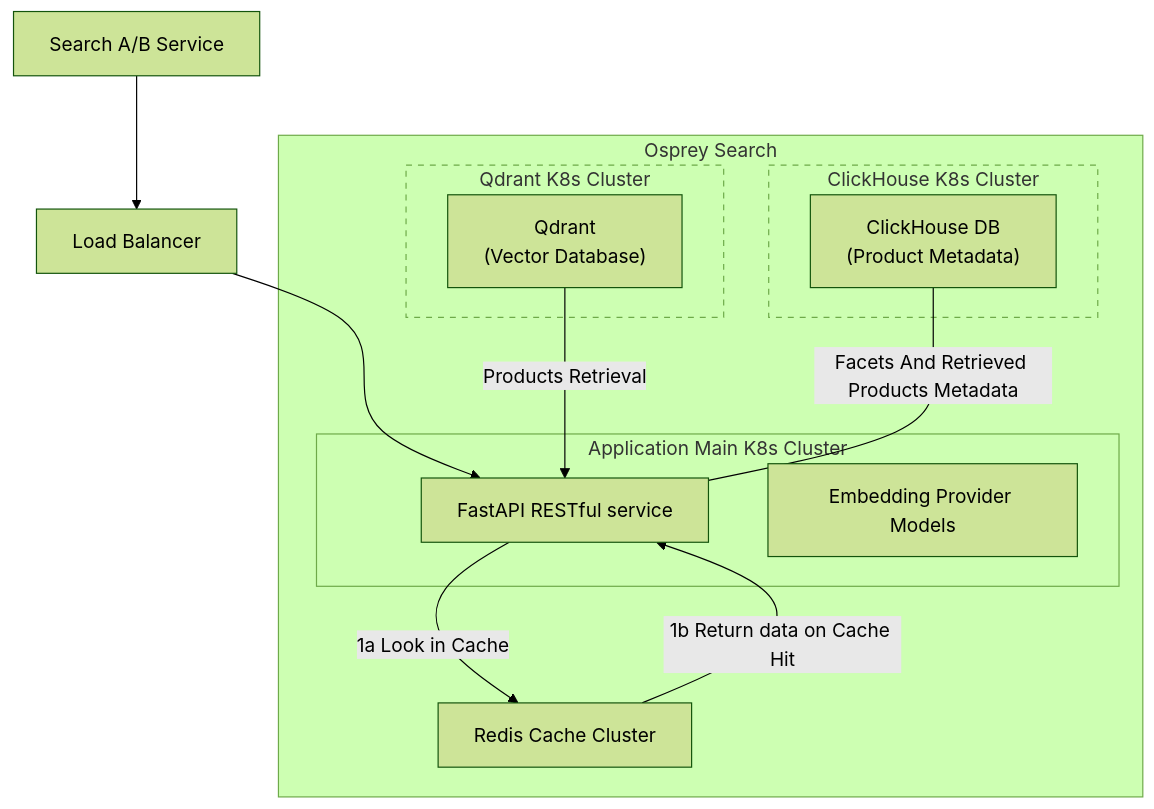
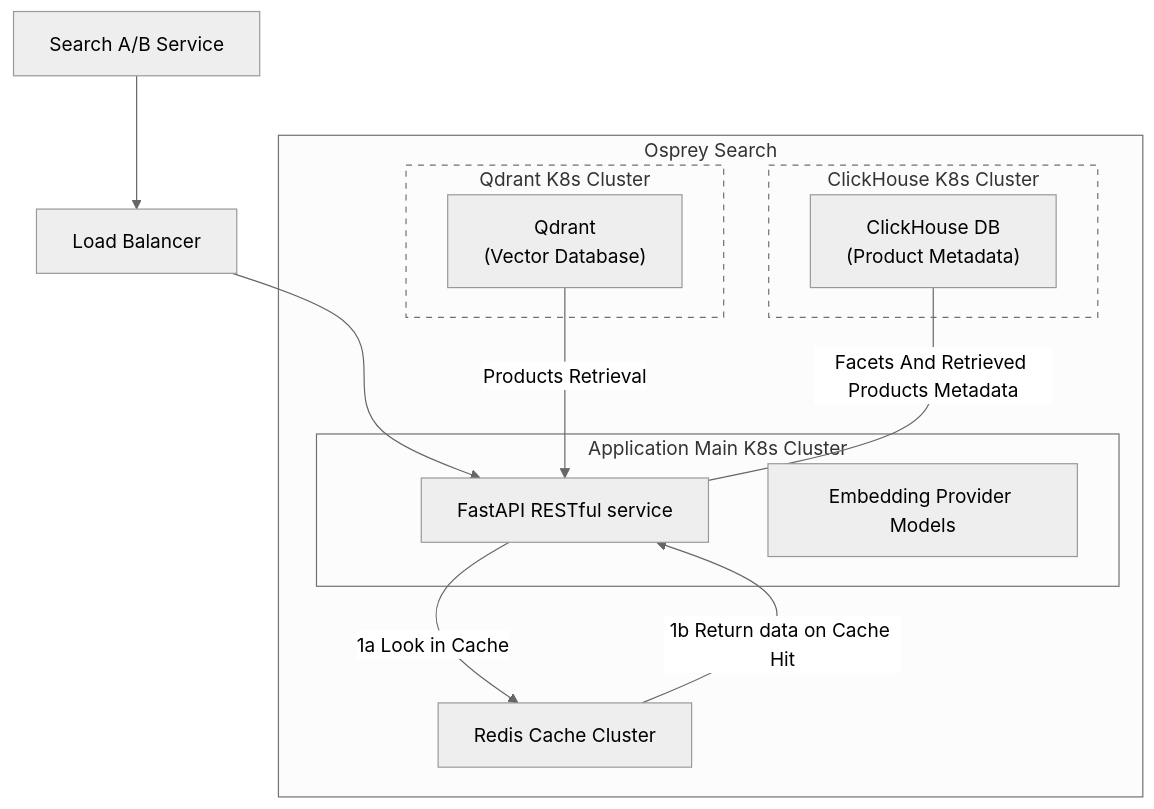
Before and after one commit to caiferris/qtact: the diagram in osprey_search_ARCHITECTURE.md, drawn with Mermaid.

Commit message:
Updated osprey doc

````diff
--- a/osprey_search_ARCHITECTURE.md
+++ b/osprey_search_ARCHITECTURE.md
@@ -45,35 +45,35 @@
 ```mermaid
 %%{
   init: {
-    'theme': 'forest'
+    'theme': 'neutral'
   }
 }%%
 graph 
   query["Search A/B Service"]
   load_balancer["Load Balancer"]
   api_server["FastAPI RESTful service"]
   embedding_model["Embedding Provider Models"]
   redis["Redis Cache Cluster"]
   qdrant_vdb["`Qdrant
 (Vector Database)`"]
   clickhouse_cdb["`ClickHouse DB
 (Product Metadata)`"]
   query --> load_balancer --> api_server
 subgraph parent_subgraph["Osprey Search"]
   api_server -- 1a Look in Cache --> redis
   redis -- 1b Return data on Cache Hit --> api_server
   subgraph sub_graph_group1["Application Main K8s Cluster"]
     style sub_graph_group1 stroke: 5, 5
     api_server
     embedding_model
   end
   subgraph qdrant_cluster["Qdrant K8s Cluster"]
     style qdrant_cluster stroke-dasharray: 5, 5
     qdrant_vdb -- Products Retrieval --> api_server
   end
   subgraph clickhouse_cluster["ClickHouse K8s Cluster"]
     style clickhouse_cluster stroke-dasharray: 5, 5
     clickhouse_cdb -- Facets And Retrieved Products Metadata --- api_server
   end
 end
 ```
````
